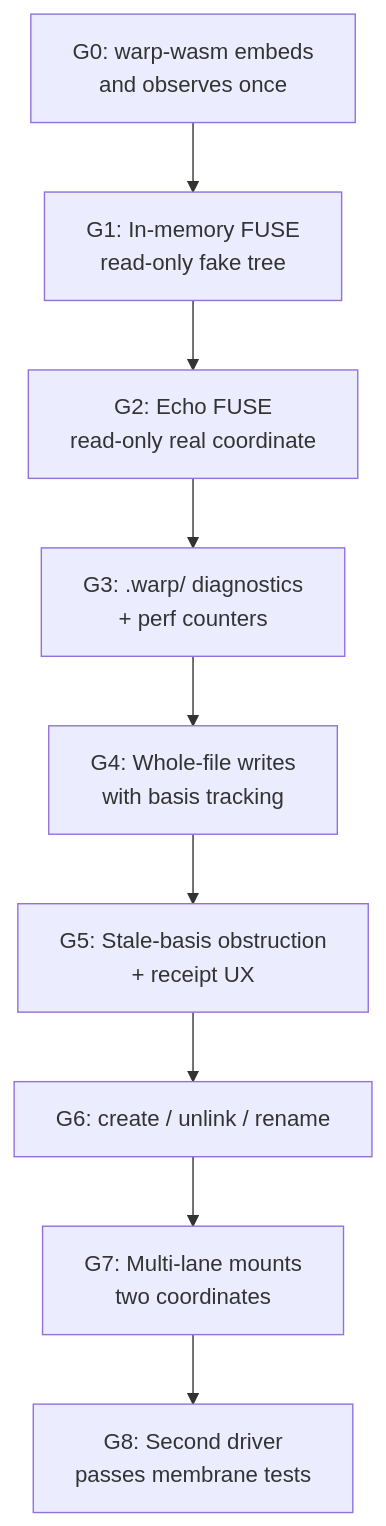
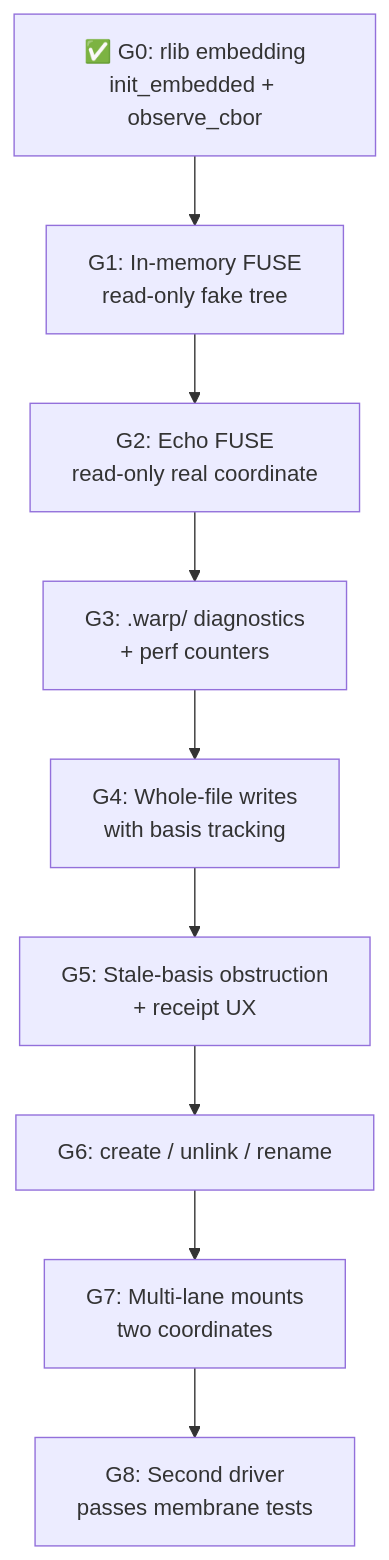
One commit to flyingrobots/warp-drive changed the eighth of 8 diagrams in docs/IMPLEMENTATION_PLAN.md. Above: the diagram before and after it, drawn with Mermaid. The commit also changed other lines of this file and 1 other file, not shown here.

````diff
--- a/docs/IMPLEMENTATION_PLAN.md
+++ b/docs/IMPLEMENTATION_PLAN.md
@@ -1261,21 +1274,21 @@
 ```mermaid
 flowchart TD
-    G0["G0: warp-wasm embeds<br />and observes once"]
+    G0["✅ G0: rlib embedding<br />init_embedded + observe_cbor"]
     G1["G1: In-memory FUSE<br />read-only fake tree"]
     G2["G2: Echo FUSE<br />read-only real coordinate"]
     G3["G3: .warp/ diagnostics<br />+ perf counters"]
     G4["G4: Whole-file writes<br />with basis tracking"]
     G5["G5: Stale-basis obstruction<br />+ receipt UX"]
     G6["G6: create / unlink / rename"]
     G7["G7: Multi-lane mounts<br />two coordinates"]
     G8["G8: Second driver<br />passes membrane tests"]
 
     G0 --> G1
     G1 --> G2
     G2 --> G3
     G3 --> G4
     G4 --> G5
     G5 --> G6
     G6 --> G7
     G7 --> G8
 ```
````
